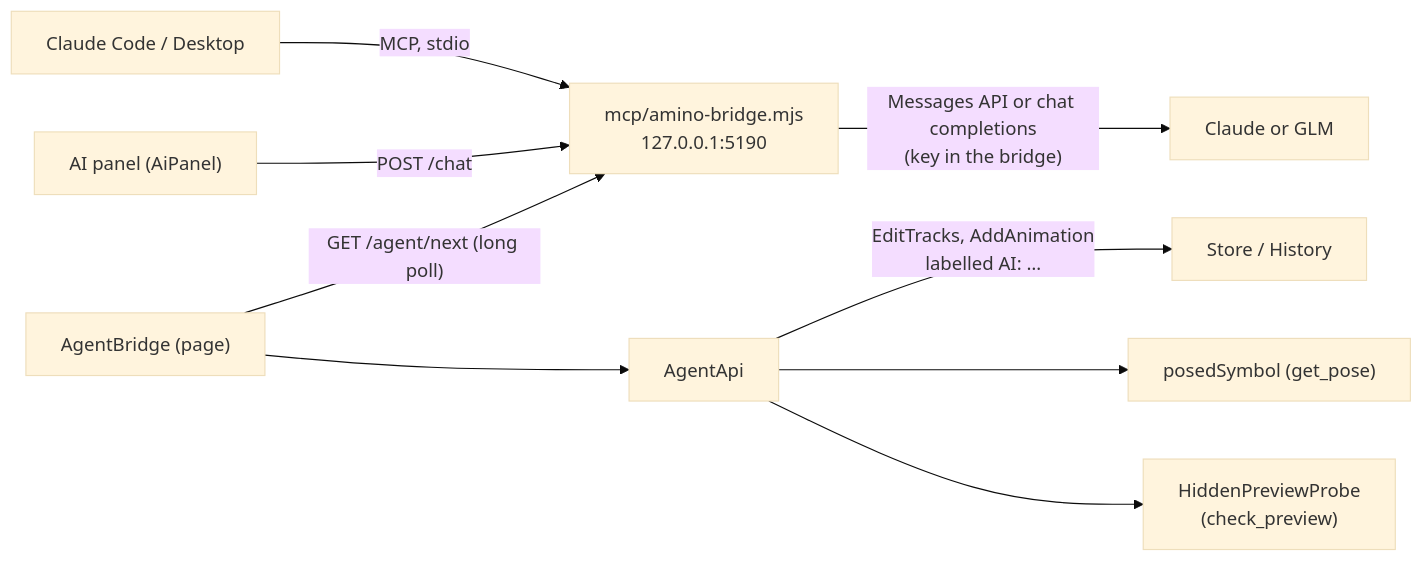
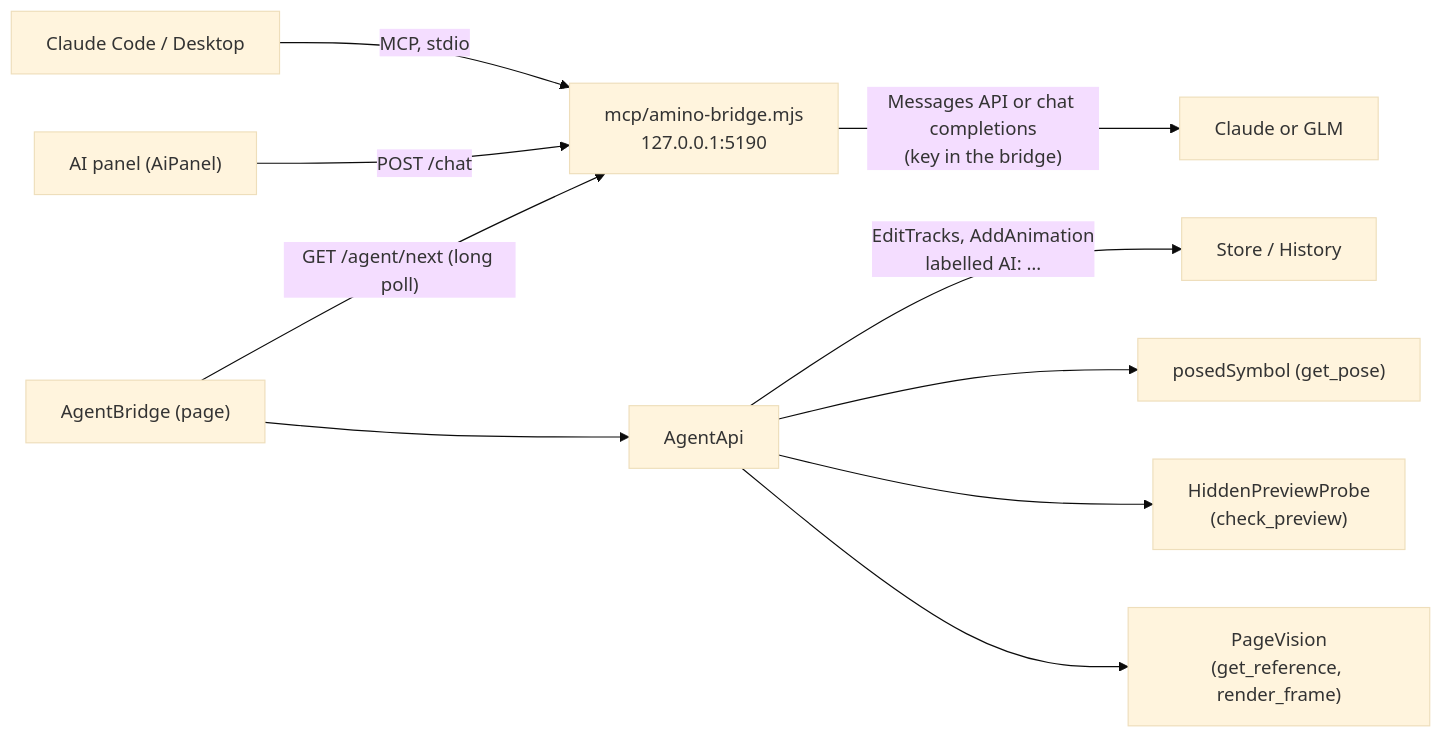
Before and after one commit to 12pnp/M0-Animation-2D: the fifth of 6 diagrams in docs/ARCHITECTURE.md, drawn with Mermaid (base theme). The commit also changed other lines of this file and 29 other files, not shown here.

````diff
--- a/docs/ARCHITECTURE.md
+++ b/docs/ARCHITECTURE.md
@@ -932,11 +932,12 @@
 ```mermaid
 flowchart LR
     CC["Claude Code / Desktop"] -->|"MCP, stdio"| BR["mcp/amino-bridge.mjs<br/>127.0.0.1:5190"]
     ASK["AI panel (AiPanel)"] -->|"POST /chat"| BR
     BR -->|"Messages API or chat completions<br/>(key in the bridge)"| CL["Claude or GLM"]
     PAGE["AgentBridge (page)"] -->|"GET /agent/next (long poll)"| BR
     PAGE --> API["AgentApi"]
     API -->|"EditTracks, AddAnimation<br/>labelled AI: …"| ST["Store / History"]
     API --> POSE["posedSymbol (get_pose)"]
     API --> PROBE["HiddenPreviewProbe<br/>(check_preview)"]
+    API --> VIS["PageVision<br/>(get_reference, render_frame)"]
 ```
````
